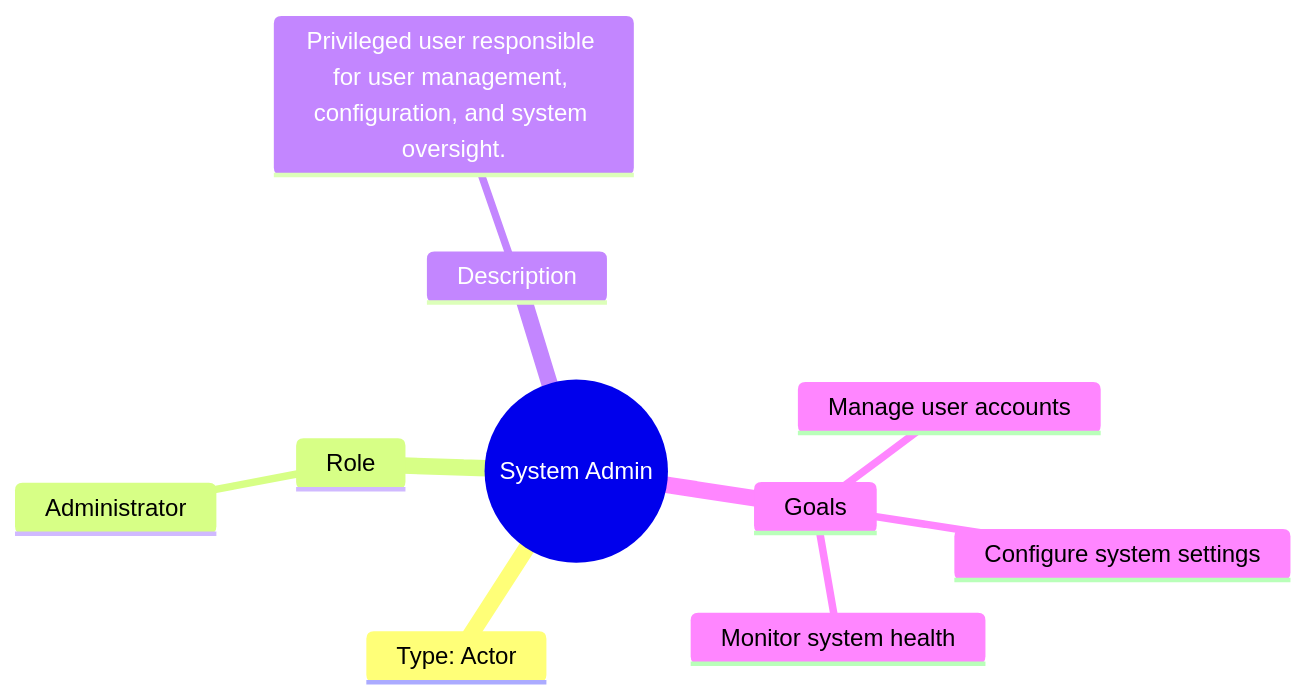
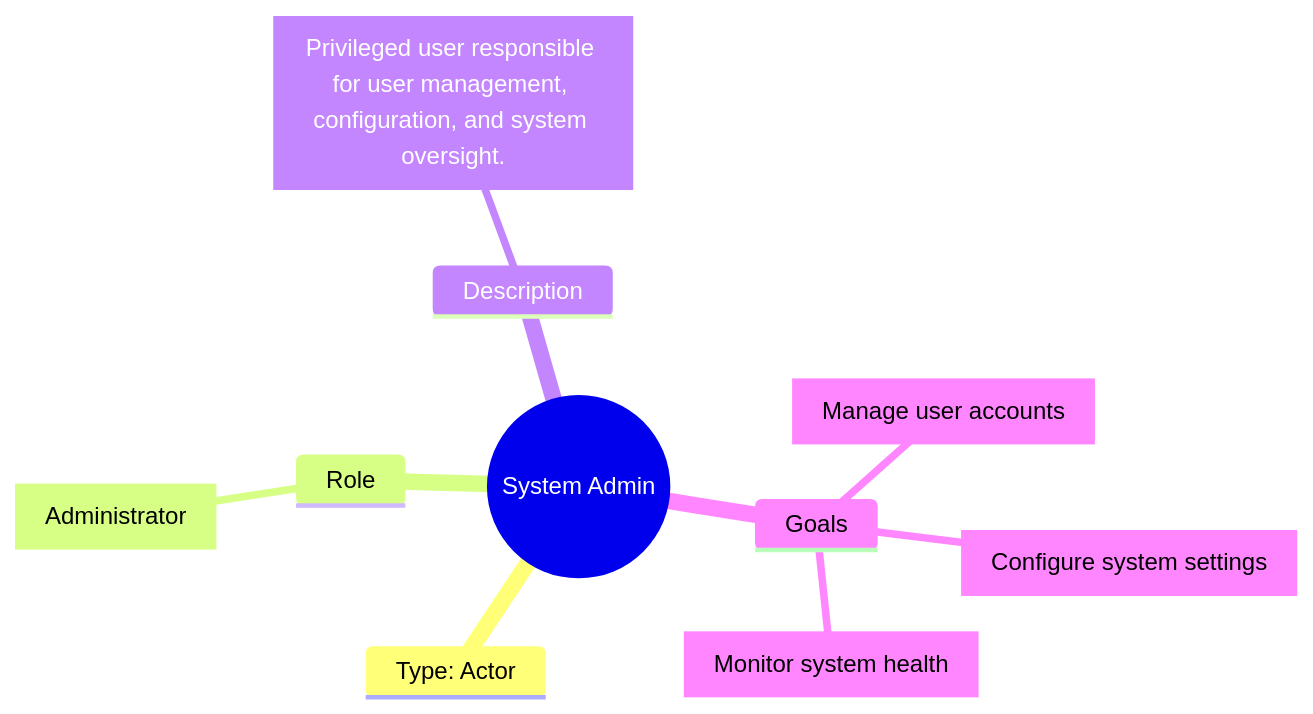
The diagram in packages/core/templates/scaffolds/personas/PER_Admin.mermaid (futurefoundai/foundryspec), drawn with Mermaid before and after one commit. The commit also changed 13 other files, not shown here.

```diff
--- a/packages/core/templates/scaffolds/personas/PER_Admin.mermaid
+++ b/packages/core/templates/scaffolds/personas/PER_Admin.mermaid
@@ -1,16 +1,16 @@
 ---
 title: System Admin
 description: Privileged user responsible for system management.
 id: "PER_Admin"
 ---
 mindmap
   PER_Admin((System Admin))
     Type: Actor
     Role
-      Administrator
+      ROLE["Administrator"]
     Description
-      Privileged user responsible for user management, configuration, and system oversight.
+      DESCRIPTION["Privileged user responsible for user management, configuration, and system oversight."]
     Goals
-      Manage user accounts
-      Configure system settings
-      Monitor system health
+      GOAL_1["Manage user accounts"]
+      GOAL_2["Configure system settings"]
+      GOAL_3["Monitor system health"]
```
